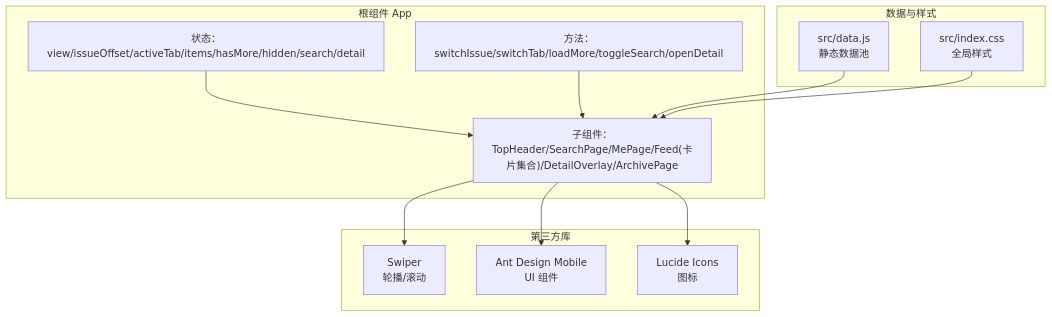
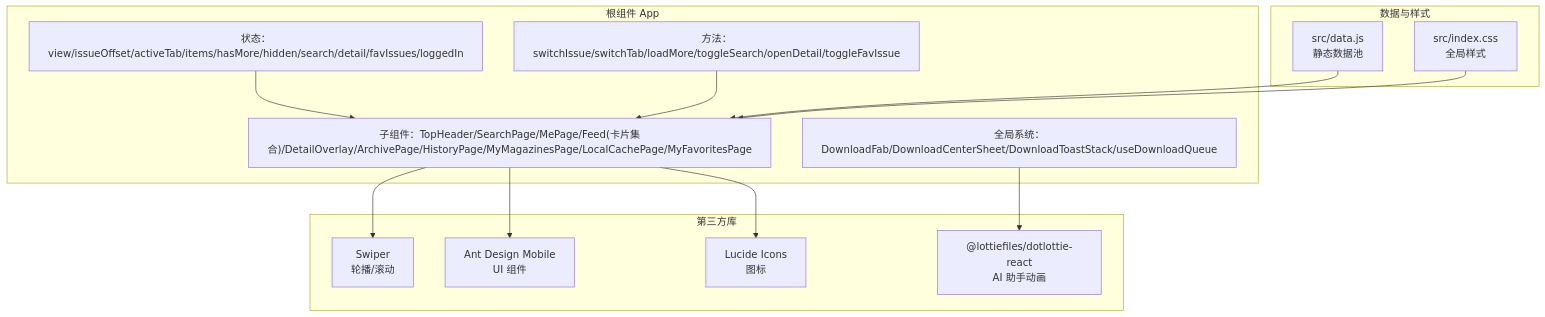
The second of 5 diagrams in .qoder/repowiki/zh/content/核心组件系统/核心组件系统.md (billye220670/newSquare), drawn with Mermaid before and after one commit. The commit also changed other lines of this file and 14 other files, not shown here.

````diff
--- a/.qoder/repowiki/zh/content/核心组件系统/核心组件系统.md
+++ b/.qoder/repowiki/zh/content/核心组件系统/核心组件系统.md
@@ -95,24 +105,27 @@
 ```mermaid
 graph TB
 subgraph "根组件 App"
-A1["状态：view/issueOffset/activeTab/items/hasMore/hidden/search/detail"]
-A2["方法：switchIssue/switchTab/loadMore/toggleSearch/openDetail"]
-A3["子组件：TopHeader/SearchPage/MePage/Feed(卡片集合)/DetailOverlay/ArchivePage"]
+A1["状态：view/issueOffset/activeTab/items/hasMore/hidden/search/detail/favIssues/loggedIn"]
+A2["方法：switchIssue/switchTab/loadMore/toggleSearch/openDetail/toggleFavIssue"]
+A3["子组件：TopHeader/SearchPage/MePage/Feed(卡片集合)/DetailOverlay/ArchivePage/HistoryPage/MyMagazinesPage/LocalCachePage/MyFavoritesPage"]
+A4["全局系统：DownloadFab/DownloadCenterSheet/DownloadToastStack/useDownloadQueue"]
 end
 subgraph "数据与样式"
 D1["src/data.js<br/>静态数据池"]
 S1["src/index.css<br/>全局样式"]
 end
 subgraph "第三方库"
 L1["Swiper<br/>轮播/滚动"]
 L2["Ant Design Mobile<br/>UI 组件"]
 L3["Lucide Icons<br/>图标"]
+L4["@lottiefiles/dotlottie-react<br/>AI 助手动画"]
 end
 A1 --> A3
 A2 --> A3
 A3 --> L1
 A3 --> L2
 A3 --> L3
+A4 --> L4
 D1 --> A3
 S1 --> A3
 ```
````
